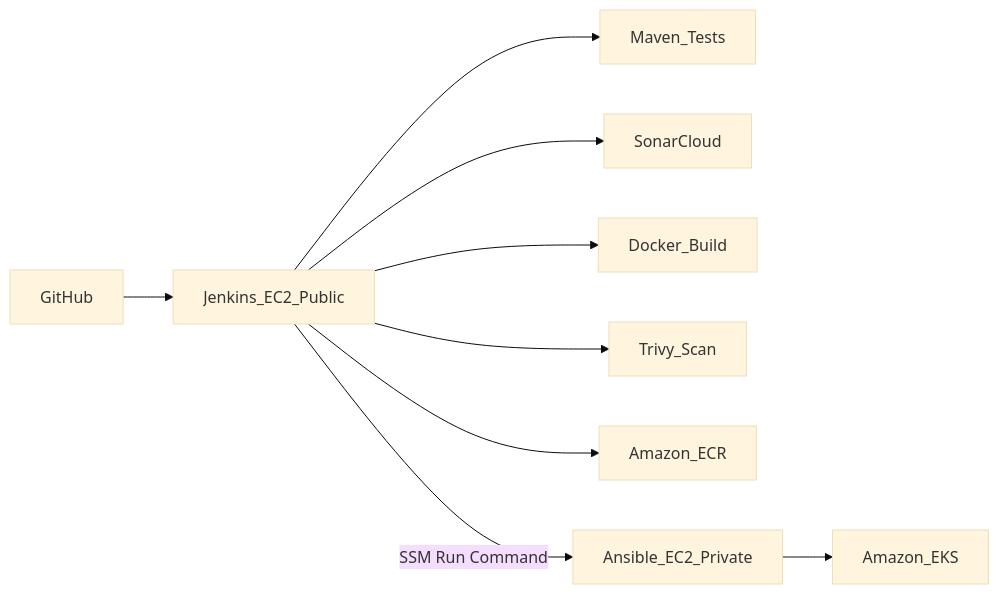
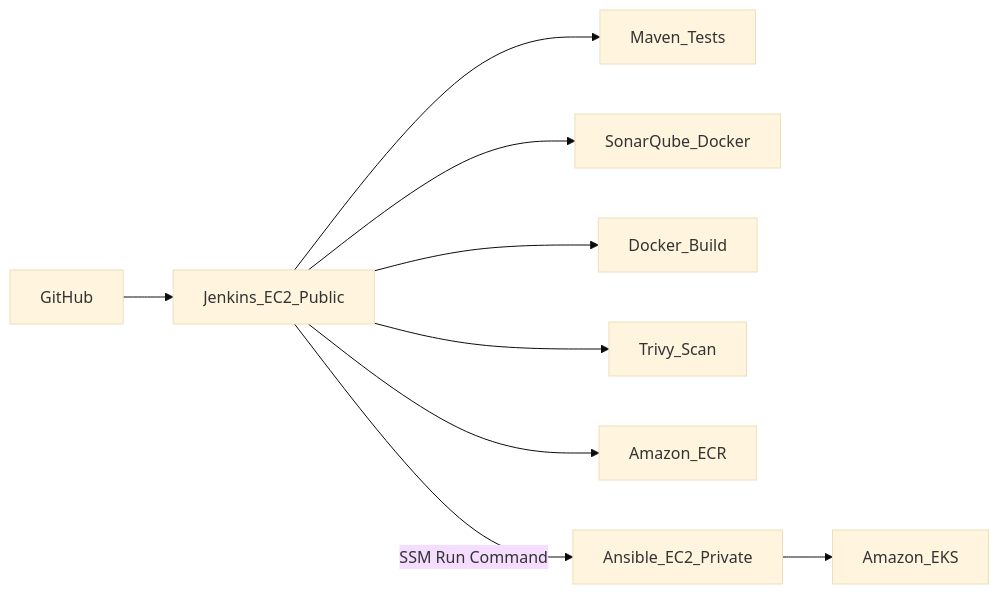
One commit to marisol-tembo/marisol-jenkins-kubernetes-cicd changed the diagram in README.md. Above: the diagram before and after it, drawn with Mermaid (base theme). The commit also changed other lines of this file and 12 other files, not shown here.

````diff
--- a/README.md
+++ b/README.md
@@ -13,11 +13,11 @@
 ```mermaid
 flowchart LR
   GitHub[GitHub] --> Jenkins[Jenkins_EC2_Public]
   Jenkins --> Maven[Maven_Tests]
-  Jenkins --> Sonar[SonarCloud]
+  Jenkins --> Sonar[SonarQube_Docker]
   Jenkins --> Docker[Docker_Build]
   Jenkins --> Trivy[Trivy_Scan]
   Jenkins --> ECR[Amazon_ECR]
   Jenkins -->|"SSM Run Command"| Ansible[Ansible_EC2_Private]
   Ansible --> EKS[Amazon_EKS]
 ```
````
